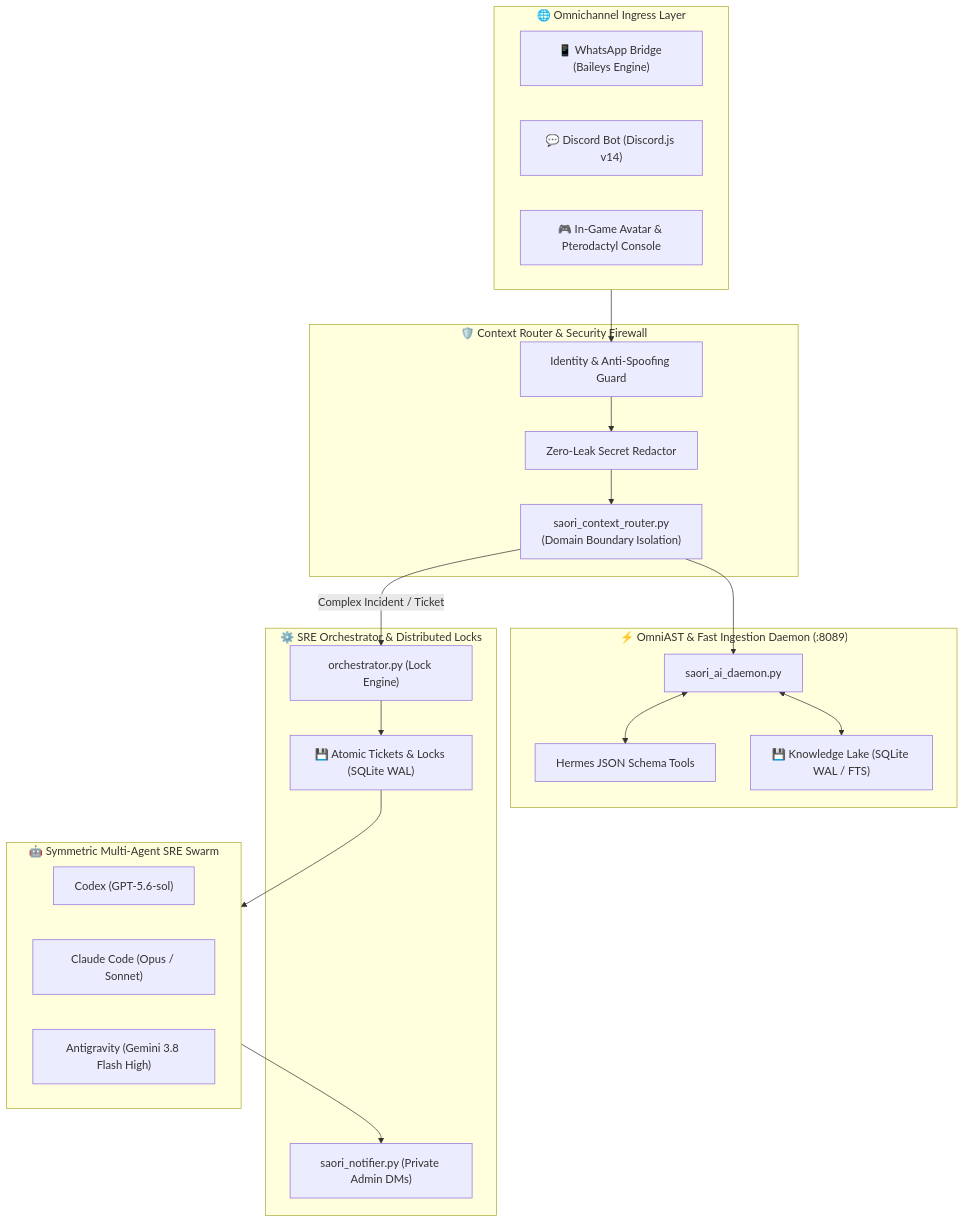
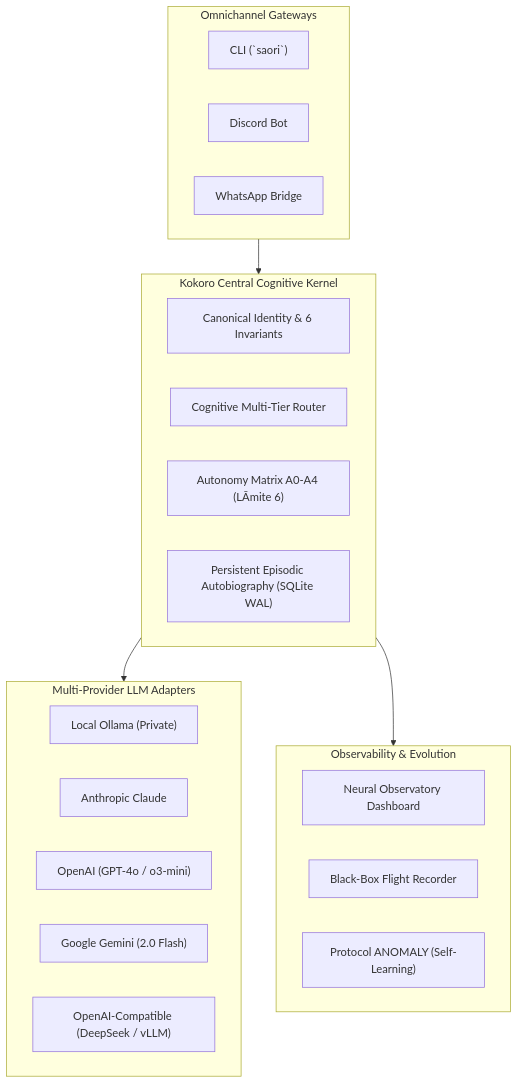
One commit to JackStar6677-1/saori changed the diagram in README.md. Above: the diagram before and after it, drawn with Mermaid. The commit also changed other lines of this file and 51 other files, not shown here.

First line of the commit message:
feat(kokoro): v2.0 release - central cognitive kernel, multi-provider adapters, neural observatory and protocol anomaly

````diff
--- a/README.md
+++ b/README.md
@@ -75,43 +53,33 @@
 ```mermaid
-graph TD
-    subgraph INGRESS ["🌐 Omnichannel Ingress Layer"]
-        WA["📱 WhatsApp Bridge (Baileys Engine)"]
-        DC["💬 Discord Bot (Discord.js v14)"]
-        MC["🎮 In-Game Avatar & Pterodactyl Console"]
+flowchart TD
+    subgraph Omnichannel["Omnichannel Gateways"]
+        CLI["CLI (`saori`)"]
+        Discord["Discord Bot"]
+        WA["WhatsApp Bridge"]
     end
 
-    subgraph ROUTER ["🛡️ Context Router & Security Firewall"]
-        CR["saori_context_router.py\n(Domain Boundary Isolation)"]
-        RBAC["Identity & Anti-Spoofing Guard"]
-        Sanitizer["Zero-Leak Secret Redactor"]
+    subgraph Core["Kokoro Central Cognitive Kernel"]
+        Identity["Canonical Identity & 6 Invariants"]
+        Router["Cognitive Multi-Tier Router"]
+        Governance["Autonomy Matrix A0-A4 (LÃ­mite 6)"]
+        Memory["Persistent Episodic Autobiography (SQLite WAL)"]
     end
 
-    subgraph DAEMON ["⚡ OmniAST & Fast Ingestion Daemon (:8089)"]
-        AIDaemon["saori_ai_daemon.py"]
-        HermesEngine["Hermes JSON Schema Tools"]
-        Lake["💾 Knowledge Lake (SQLite WAL / FTS)"]
+    subgraph Providers["Multi-Provider LLM Adapters"]
+        Ollama["Local Ollama (Private)"]
+        Anthropic["Anthropic Claude"]
+        OpenAI["OpenAI (GPT-4o / o3-mini)"]
+        Gemini["Google Gemini (2.0 Flash)"]
+        vLLM["OpenAI-Compatible (DeepSeek / vLLM)"]
     end
 
-    subgraph ORCHESTRATION ["⚙️ SRE Orchestrator & Distributed Locks"]
-        Orchestrator["orchestrator.py (Lock Engine)"]
-        TicketDB["💾 Atomic Tickets & Locks (SQLite WAL)"]
-        Notifier["saori_notifier.py (Private Admin DMs)"]
+    subgraph SRE["Observability & Evolution"]
+        Observatory["Neural Observatory Dashboard"]
+        Flight["Black-Box Flight Recorder"]
+        Anomaly["Protocol ANOMALY (Self-Learning)"]
     end
 
-    subgraph TRIAD ["🤖 Symmetric Multi-Agent SRE Swarm"]
-        Codex["Codex (GPT-5.6-sol)"]
-        Claude["Claude Code (Opus / Sonnet)"]
-        Antigravity["Antigravity (Gemini 3.8 Flash High)"]
-    end
-
-    INGRESS --> RBAC
-    RBAC --> Sanitizer
-    Sanitizer --> CR
-    CR --> AIDaemon
-    AIDaemon <--> Lake
-    AIDaemon <--> HermesEngine
-    CR -- "Complex Incident / Ticket" --> Orchestrator
-    Orchestrator --> TicketDB
-    TicketDB --> TRIAD
-    TRIAD --> Notifier
+    Omnichannel --> Core
+    Core --> Providers
+    Core --> SRE
 ```
````
